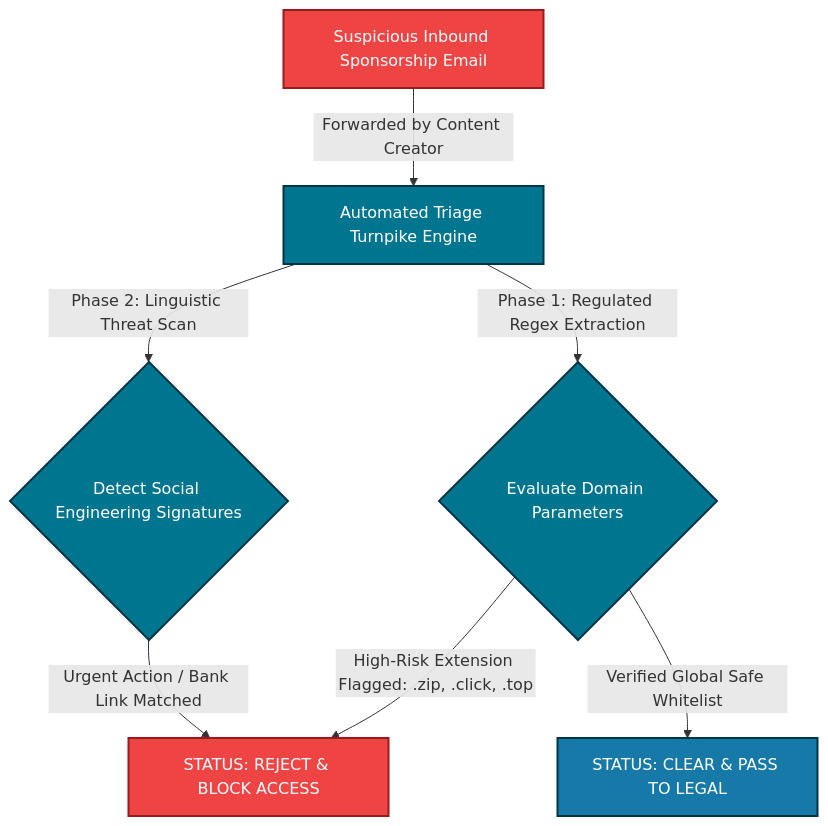
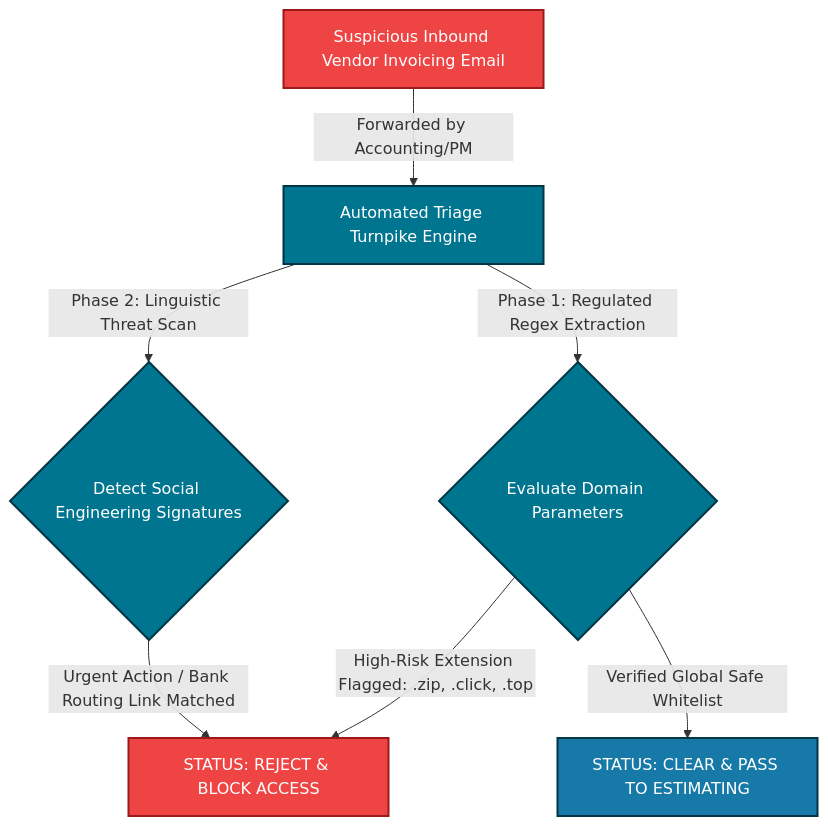
Before and after one commit to tonygagliano601-a11y/tonygagliano601-a11y: the diagram in README.md, drawn with Mermaid. The commit also changed other lines of this file, not shown here.

````diff
--- a/README.md
+++ b/README.md
@@ -40,13 +27,13 @@
 ```mermaid
 graph TD
     classDef client fill:#ef4444,stroke:#991b1b,stroke-width:2px,color:#fff;
     classDef gate fill:#00758f,stroke:#003545,stroke-width:2px,color:#fff;
     classDef internal fill:#1679a7,stroke:#003545,stroke-width:2px,color:#fff;
 
-    A[Suspicious Inbound Sponsorship Email]:::client -->|Forwarded by Content Creator| B[Automated Triage Turnpike Engine]:::gate
+    A[Suspicious Inbound Vendor Invoicing Email]:::client -->|Forwarded by Accounting/PM| B[Automated Triage Turnpike Engine]:::gate
     B -->|Phase 1: Regulated Regex Extraction| C{Evaluate Domain Parameters}:::gate
     C -->|High-Risk Extension Flagged: .zip, .click, .top| D[STATUS: REJECT & BLOCK ACCESS]:::client
-    C -->|Verified Global Safe Whitelist| E[STATUS: CLEAR & PASS TO LEGAL]:::internal
+    C -->|Verified Global Safe Whitelist| E[STATUS: CLEAR & PASS TO ESTIMATING]:::internal
     B -->|Phase 2: Linguistic Threat Scan| F{Detect Social Engineering Signatures}:::gate
-    F -->|Urgent Action / Bank Link Matched| D
+    F -->|Urgent Action / Bank Routing Link Matched| D
 ```
````
